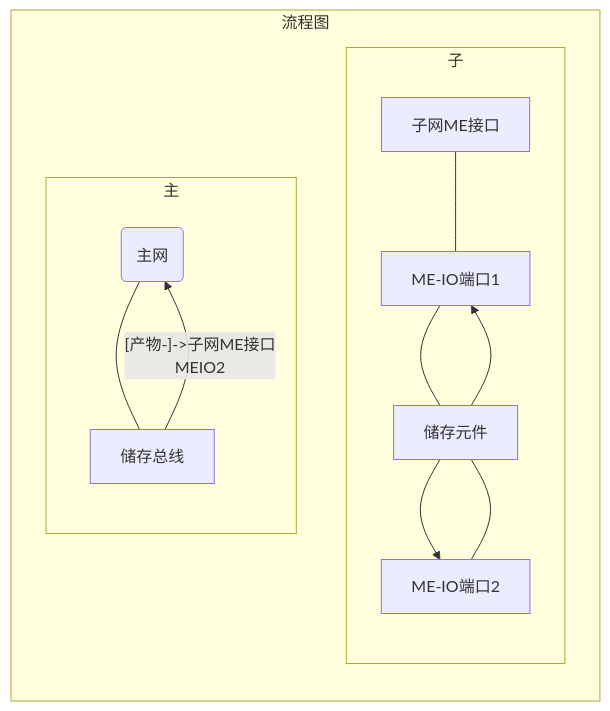
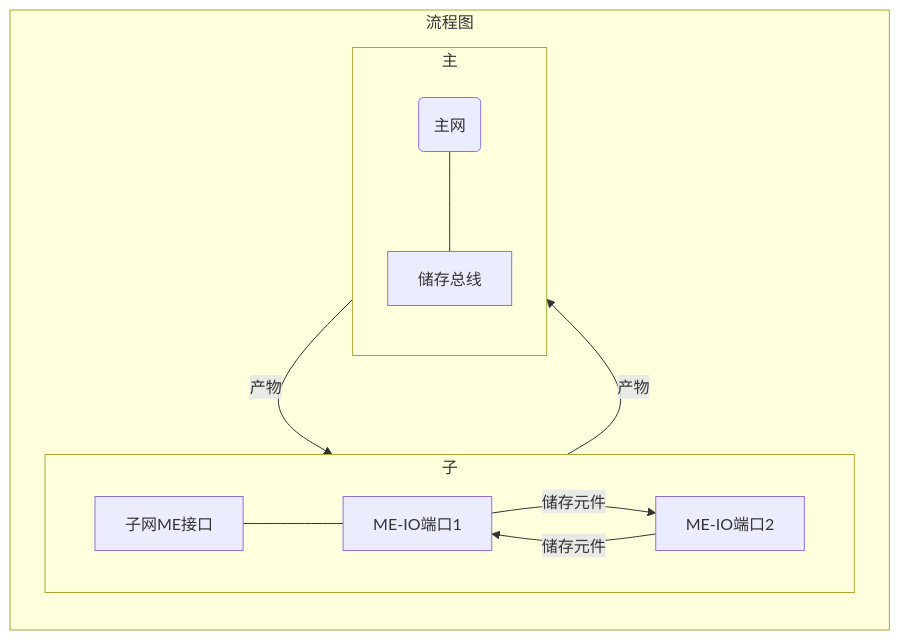
Before and after one commit to philogos/Applied-Energistics-2-From-Mastery-to-Ultimate-tutorial-series: the diagram in 3-实例/3.1-伪合成（高级发包）.md, drawn with Mermaid. The commit also changed other lines of this file and 5 other files, not shown here.

````diff
--- a/3-实例/3.1-伪合成（高级发包）.md
+++ b/3-实例/3.1-伪合成（高级发包）.md
@@ -27,23 +27,23 @@
 ```mermaid
-flowchart LR
+flowchart TB
     subgraph 流程图
  direction TB
 subgraph 子
-direction TB
+direction LR
  子网ME接口---MEIO1[ME-IO端口1]
- MEIO1---储存元件-->MEIO2[ME-IO端口2]
+ MEIO1--储存元件-->MEIO2[ME-IO端口2]
 
- MEIO2---储存元件-->MEIO1
-
+ MEIO2--储存元件-->MEIO1
  end
 
  subgraph 主
  direction TB
- 主网(主网)---储存总线--[产物-]->子网ME接口
- MEIO2-->主网
+ 主网(主网)---储存总线--产物-->子网ME接口
+ MEIO2--产物-->主网
  end
+
 end
 
 
 
 ```
````
